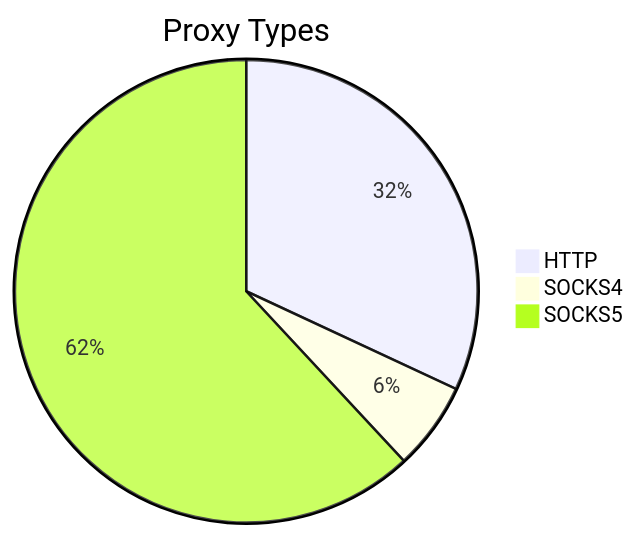
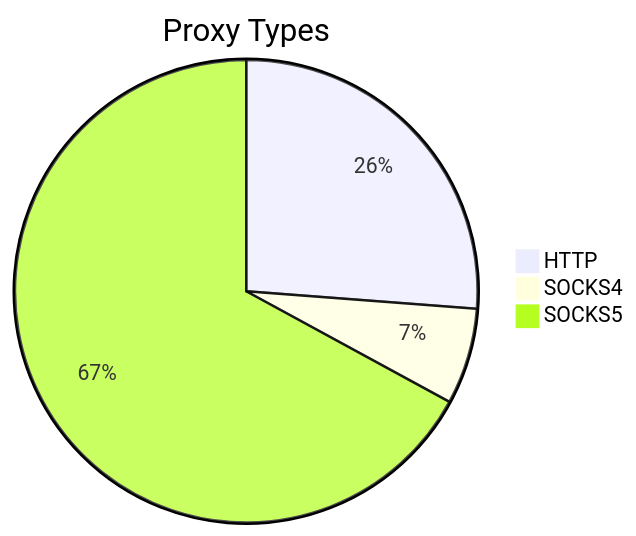
The first of 2 diagrams in README.md (stormsia/proxy-list), drawn with Mermaid before and after one commit. The commit also changed other lines of this file, not shown here.

````diff
--- a/README.md
+++ b/README.md
@@ -21,6 +21,6 @@
 ```mermaid
 pie title Proxy Types
-    "HTTP" : 785
-    "SOCKS4" : 151
-    "SOCKS5" : 1522
+    "HTTP" : 612
+    "SOCKS4" : 157
+    "SOCKS5" : 1566
 ```
````
